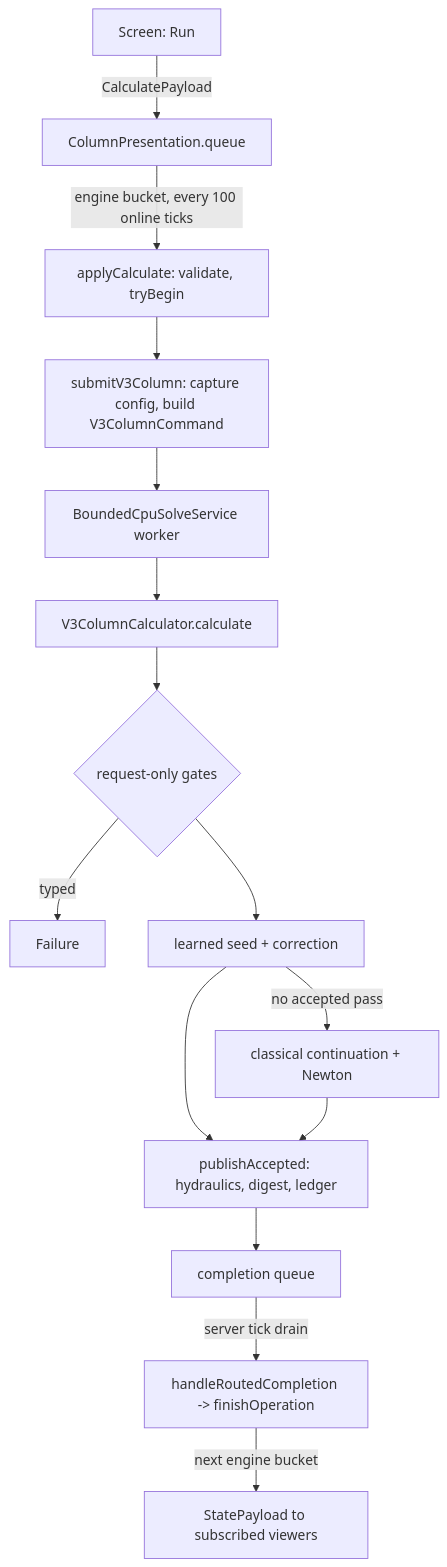
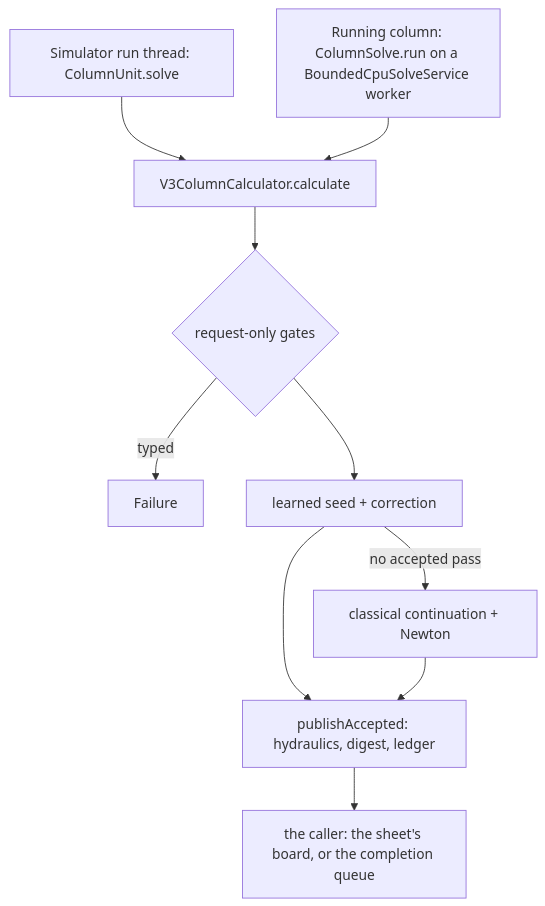
One commit to wormzjl/Industrial-Chemical-Engineering changed the diagram in documentation/reference/code-guide/column-v3.md. Above: the diagram before and after it, drawn with Mermaid. The commit also changed other lines of this file and 5 other files, not shown here.

First line of the commit message:
Code guide: the process simulator chapter, and README, column-v3, thermo-materials, verification at 6bf2205bf

````diff
--- a/documentation/reference/code-guide/column-v3.md
+++ b/documentation/reference/code-guide/column-v3.md
@@ -108,17 +102,12 @@
 ```mermaid
 flowchart TD
-    A[Screen: Run] -->|CalculatePayload| B[ColumnPresentation.queue]
-    B -->|engine bucket, every 100 online ticks| C[applyCalculate: validate, tryBegin]
-    C --> D[submitV3Column: capture config, build V3ColumnCommand]
-    D --> E[BoundedCpuSolveService worker]
-    E --> F[V3ColumnCalculator.calculate]
+    S[Simulator run thread: ColumnUnit.solve] --> F[V3ColumnCalculator.calculate]
+    W[Running column: ColumnSolve.run on a BoundedCpuSolveService worker] --> F
     F --> G{request-only gates}
     G -->|typed| X[Failure]
     G --> H[learned seed + correction]
     H -->|no accepted pass| I[classical continuation + Newton]
     H --> J[publishAccepted: hydraulics, digest, ledger]
     I --> J
-    J --> K[completion queue]
-    K -->|server tick drain| L[handleRoutedCompletion -> finishOperation]
-    L -->|next engine bucket| M[StatePayload to subscribed viewers]
+    J --> K[the caller: the sheet's board, or the completion queue]
 ```
````
